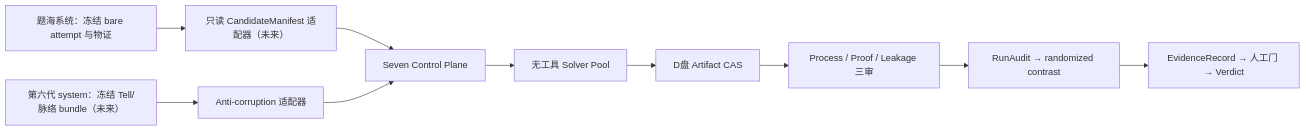
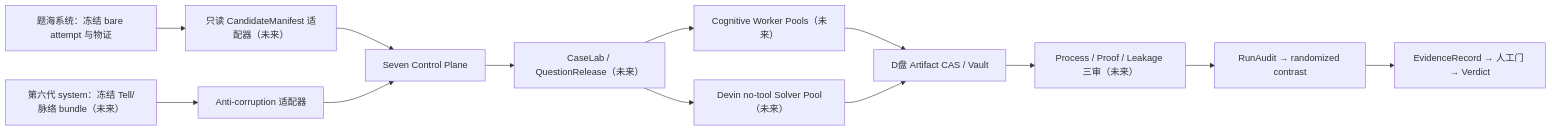
The diagram in seven-system/docs/architecture.md (math-fournity/Master-Mind), drawn with Mermaid before and after one commit. The commit also changed other lines of this file and 10 other files, not shown here.

Commit message:
docs(seven-system): separate solver and cognitive model roles

````diff
--- a/seven-system/docs/architecture.md
+++ b/seven-system/docs/architecture.md
@@ -37,12 +37,15 @@
 ```mermaid
 flowchart LR
     A["题海系统：冻结 bare attempt 与物证"] --> B["只读 CandidateManifest 适配器（未来）"]
     S["第六代 system：冻结 Tell/脉络 bundle（未来）"] --> C["Anti-corruption 适配器"]
     B --> D["Seven Control Plane"]
     C --> D
-    D --> E["无工具 Solver Pool"]
-    E --> F["D盘 Artifact CAS"]
-    F --> G["Process / Proof / Leakage 三审"]
+    D --> Q["CaseLab / QuestionRelease（未来）"]
+    Q --> W["Cognitive Worker Pools（未来）"]
+    Q --> E["Devin no-tool Solver Pool（未来）"]
+    W --> F["D盘 Artifact CAS / Vault"]
+    E --> F
+    F --> G["Process / Proof / Leakage 三审（未来）"]
     G --> H["RunAudit → randomized contrast"]
     H --> I["EvidenceRecord → 人工门 → Verdict"]
 ```
````
